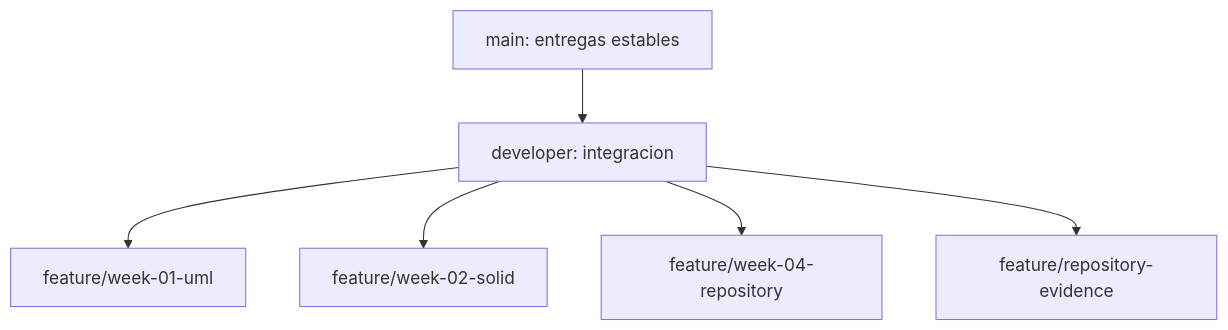
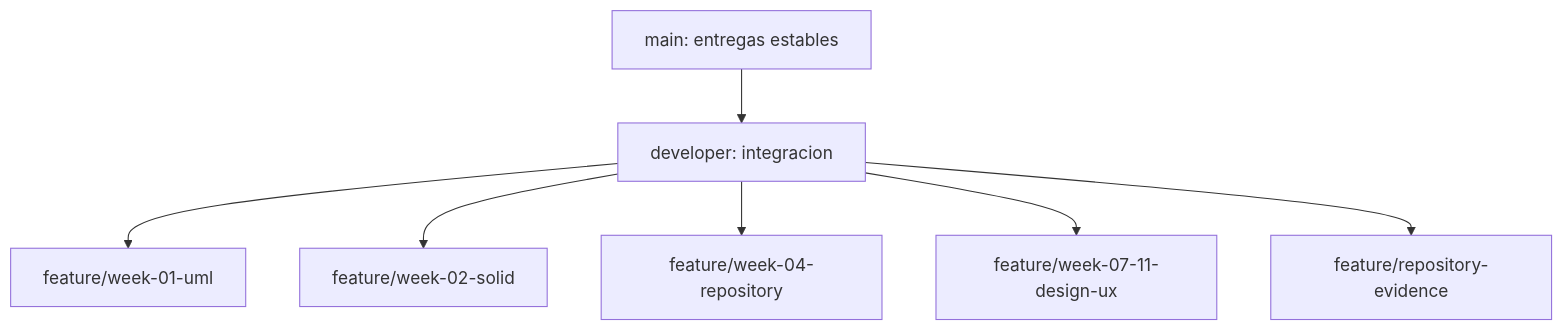
The diagram in README.md (DidhyerOrtiz/asii28-qa-funcional-tareas), drawn with Mermaid before and after one commit. The commit also changed other lines of this file and 4 other files, not shown here.

````diff
--- a/README.md
+++ b/README.md
@@ -32,15 +38,17 @@
 ```mermaid
 flowchart TB
     MAIN[main: entregas estables]
     DEV[developer: integracion]
     W1[feature/week-01-uml]
     W2[feature/week-02-solid]
     W4[feature/week-04-repository]
+    W711[feature/week-07-11-design-ux]
     EVI[feature/repository-evidence]
 
     MAIN --> DEV
     DEV --> W1
     DEV --> W2
     DEV --> W4
+    DEV --> W711
     DEV --> EVI
 ```
````
